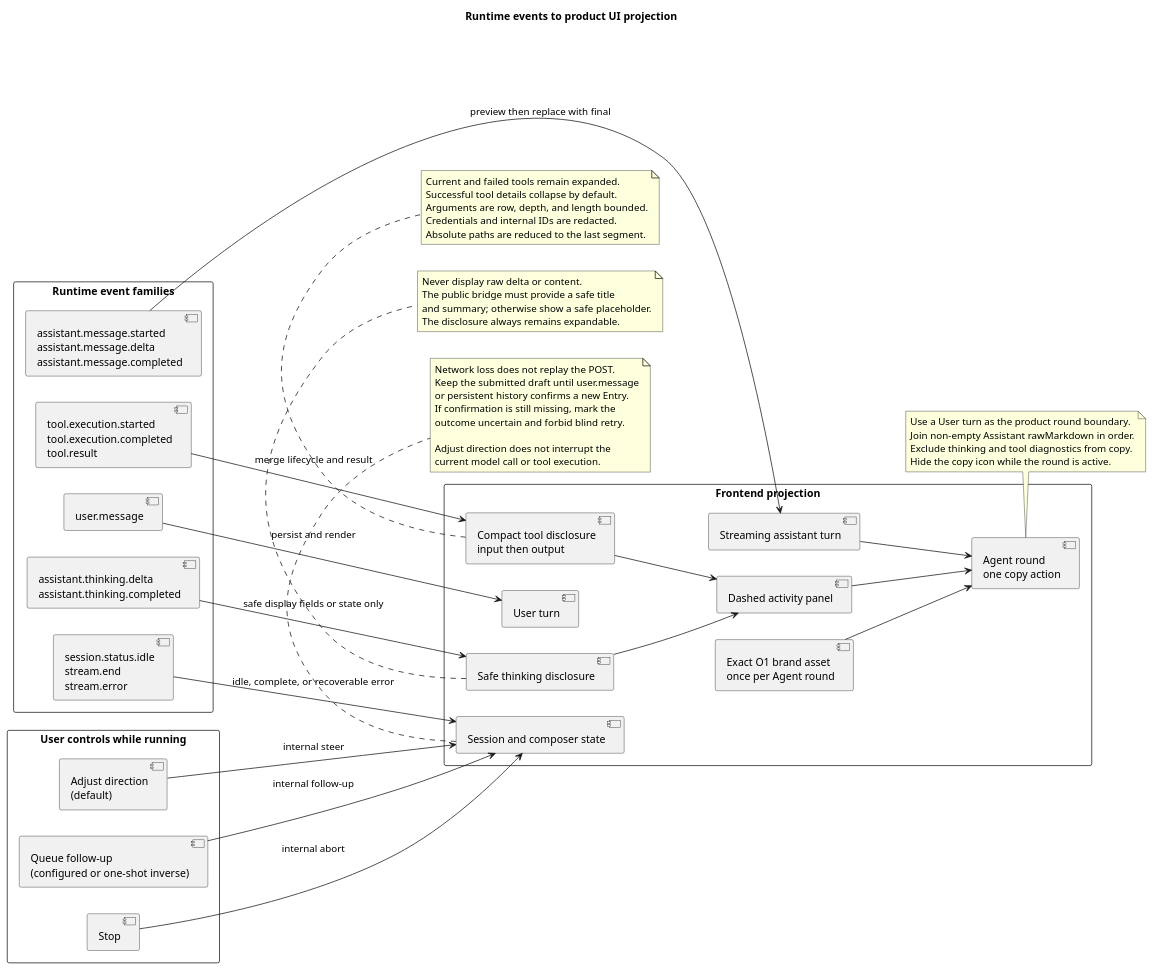
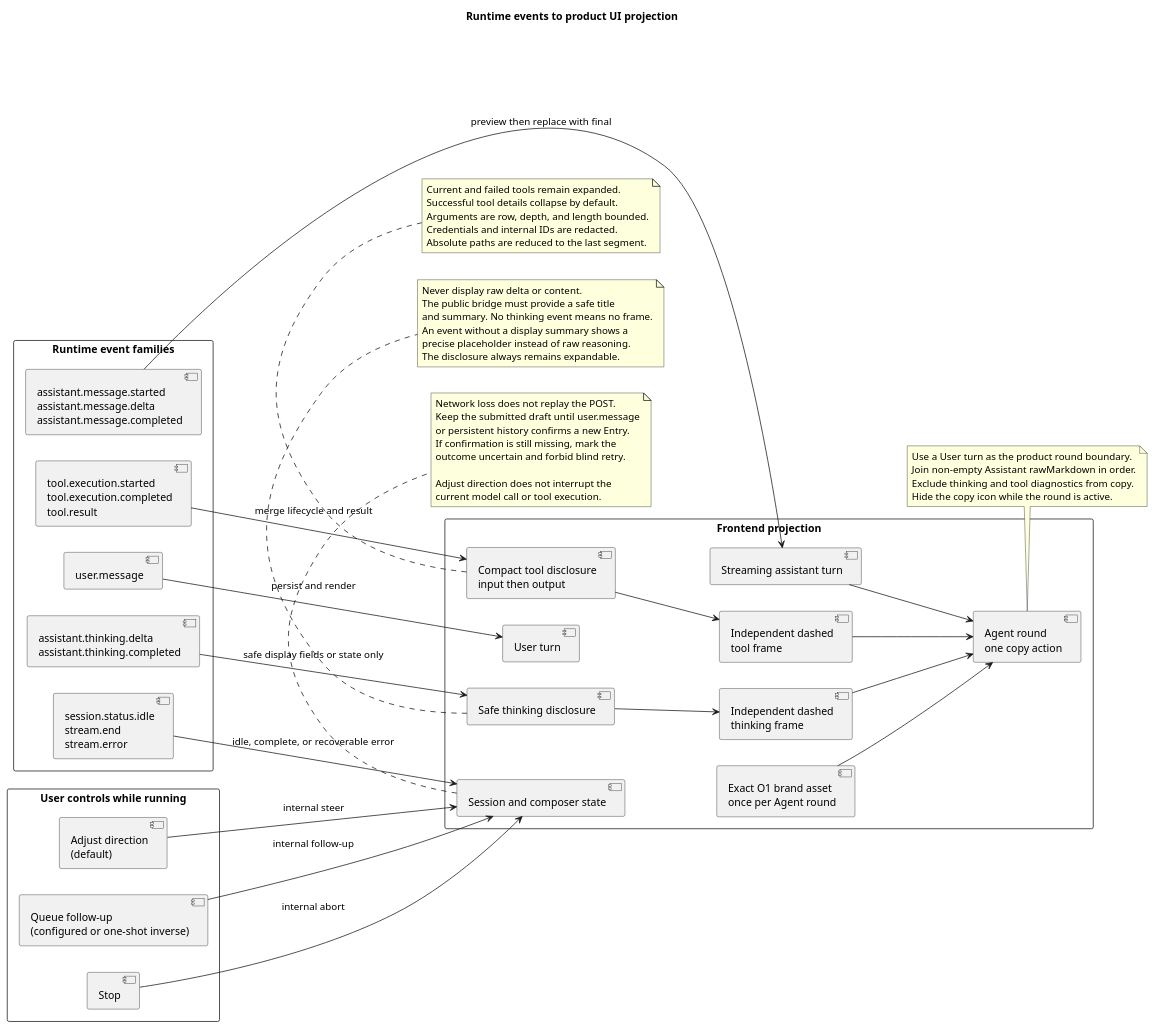
The third of 3 diagrams in docs/designs/campusclaw-frontend/diagram.puml (2862282695gjh-afk/pi-mono-java), drawn with PlantUML before and after one commit. The commit also changed other lines of this file and 20 other files, not shown here.

```diff
--- a/docs/designs/campusclaw-frontend/diagram.puml
+++ b/docs/designs/campusclaw-frontend/diagram.puml
@@ -152,97 +152,101 @@
 @startuml runtime_event_ui_projection
 ' Backend source baseline: origin/main 63adc08cf5c57e3a7cc3caa317452062606ce8b4.
-' Frontend interaction-refinement baseline: origin/main ce8ad1efa49c8023350b68de2e1d6f347576aa25.
+' Frontend interaction-refinement baseline: origin/main 1813c601101660a401e5e2004c5c00b8e3d7b75b.
 ' Visual design baseline: campusclaw-frontend-design 5c2231654ea94dd248b5ea9a478d2cb27cd36a52.
 ' Source evidence: frontend/src/projectors/runtimeEventProjector.ts (projectRuntimeEvents, projectAssistantEvent, projectThinkingEvent, projectToolEvent, projectToolArguments).
 ' Source evidence: frontend/src/composables/useRuntimeApi.ts (dispatchSseFrame, mergeRuntimeEvent, loadHistory).
 ' Source evidence: frontend/src/projectors/conversationRounds.ts (groupConversationTurns, groupAgentBlocks).
 ' Source evidence: frontend/src/components/ConversationTimeline.vue, AgentRound.vue, ThinkingDisclosure.vue, ToolActivity.vue, and BrandMark.vue.
 ' Source evidence: frontend/src/assets/campusclaw-mark-o1.png and frontend/src/style.css.
 ' Source evidence: frontend/src/components/ComposerBox.vue (onKeydown, current follow-up mode).
 ' Source evidence: modules/coding-agent-cli/src/main/java/com/campusclaw/codingagent/runtimeapi/event/RuntimeEventType.java (RuntimeEventType).
 ' Source evidence: modules/coding-agent-cli/src/main/java/com/campusclaw/codingagent/runtimeapi/event/RuntimeEventProjector.java (projectMessageStart, projectMessageUpdate, projectToolStart, projectToolEnd).
 ' Source evidence: modules/coding-agent-cli/src/main/java/com/campusclaw/codingagent/runtimeapi/event/RuntimeEntryCodec.java (toHistoryEvent, toSseData).
 ' Product-reference evidence: ChatGPT.app webview/assets/app-initial-BCLYDefw.js (followUpQueueMode, K9s) and webview/assets/zh-CN-ByRVSIXt.js.
 ' Observed behavior: HTTP 1.38 lowerCamelCase persistent entries and transient execution events share one request-scoped SSE response; Runtime thinking contains raw reasoning and no safe display summary.
 ' Observed Codex behavior: desktop follow-up mode defaults to steer; a modifier submits one message with the inverse mode.
 ' Security hardening: raw thinking is ignored; tool arguments are bounded and redacted before DOM projection.
 ' Architecture change: User turns bound Agent rounds; each completed round owns one copy action.
-' Product constraint: consecutive thinking and tool items share a warm neutral dashed activity panel.
-' Design reason: the UI projects protocol events into stable conversation objects, exposes compact safe activity, and uses one current follow-up mode instead of two persistent choices.
+' Product constraint: each thinking item and each tool item owns an independent warm neutral dashed activity frame.
+' Design reason: independent frames preserve compact safe activity while preventing one expanded tool from visually swallowing adjacent thinking or tool items.
 
 title Runtime events to product UI projection
 left to right direction
 
 rectangle "Runtime event families" as Events {
   component "user.message" as UserEvent
   component "assistant.message.started\nassistant.message.delta\nassistant.message.completed" as AssistantEvents
   component "assistant.thinking.delta\nassistant.thinking.completed" as ThinkingEvents
   component "tool.execution.started\ntool.execution.completed\ntool.result" as ToolEvents
   component "session.status.idle\nstream.end\nstream.error" as TerminalEvents
 }
 
 rectangle "Frontend projection" as Projection {
   component "User turn" as UserTurn
   component "Streaming assistant turn" as AssistantTurn
   component "Safe thinking disclosure" as ThinkingDisclosure
   component "Compact tool disclosure\ninput then output" as ToolDisclosure
-  component "Dashed activity panel" as ActivityPanel
+  component "Independent dashed\nthinking frame" as ThinkingFrame
+  component "Independent dashed\ntool frame" as ToolFrame
   component "Agent round\none copy action" as AgentRound
   component "Exact O1 brand asset\nonce per Agent round" as BrandAsset
   component "Session and composer state" as SessionState
 }
 
 rectangle "User controls while running" as Controls {
   component "Adjust direction\n(default)" as Adjust
   component "Queue follow-up\n(configured or one-shot inverse)" as Continue
   component "Stop" as Stop
 }
 
 UserEvent --> UserTurn : persist and render
 AssistantEvents --> AssistantTurn : preview then replace with final
 ThinkingEvents --> ThinkingDisclosure : safe display fields or state only
 ToolEvents --> ToolDisclosure : merge lifecycle and result
 TerminalEvents --> SessionState : idle, complete, or recoverable error
-ThinkingDisclosure --> ActivityPanel
-ToolDisclosure --> ActivityPanel
+ThinkingDisclosure --> ThinkingFrame
+ToolDisclosure --> ToolFrame
 AssistantTurn --> AgentRound
-ActivityPanel --> AgentRound
+ThinkingFrame --> AgentRound
+ToolFrame --> AgentRound
 BrandAsset --> AgentRound
 
 Adjust --> SessionState : internal steer
 Continue --> SessionState : internal follow-up
 Stop --> SessionState : internal abort
 
 note bottom of ThinkingDisclosure
 Never display raw delta or content.
 The public bridge must provide a safe title
-and summary; otherwise show a safe placeholder.
+and summary. No thinking event means no frame.
+An event without a display summary shows a
+precise placeholder instead of raw reasoning.
 The disclosure always remains expandable.
 end note
 
 note bottom of ToolDisclosure
 Current and failed tools remain expanded.
 Successful tool details collapse by default.
 Arguments are row, depth, and length bounded.
 Credentials and internal IDs are redacted.
 Absolute paths are reduced to the last segment.
 end note
 
 note bottom of AgentRound
 Use a User turn as the product round boundary.
 Join non-empty Assistant rawMarkdown in order.
 Exclude thinking and tool diagnostics from copy.
 Hide the copy icon while the round is active.
 end note
 
 note bottom of SessionState
 Network loss does not replay the POST.
 Keep the submitted draft until user.message
 or persistent history confirms a new Entry.
 If confirmation is still missing, mark the
 outcome uncertain and forbid blind retry.
 
 Adjust direction does not interrupt the
 current model call or tool execution.
 end note
 @enduml
```
